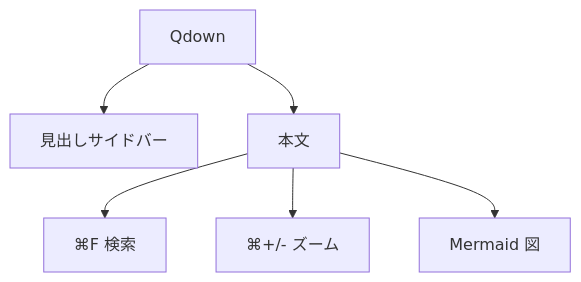
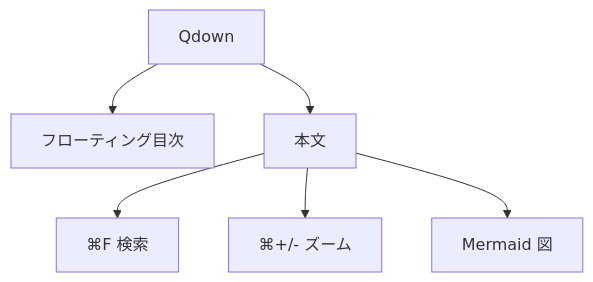
One commit to furuhama/qdown changed the third of 3 diagrams in test.md. Above: the diagram before and after it, drawn with Mermaid. The commit also changed other lines of this file and 4 other files, not shown here.

````diff
--- a/test.md
+++ b/test.md
@@ -153,8 +153,8 @@
 ```mermaid
 graph TD
-    Root[Qdown] --> Sidebar[見出しサイドバー]
+    Root[Qdown] --> Outline[フローティング目次]
     Root --> Content[本文]
     Content --> Search[⌘F 検索]
     Content --> Zoom[⌘+/- ズーム]
     Content --> Mermaid[Mermaid 図]
 ```
````
